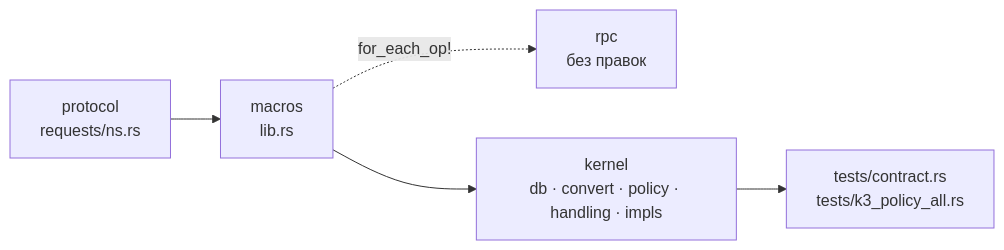
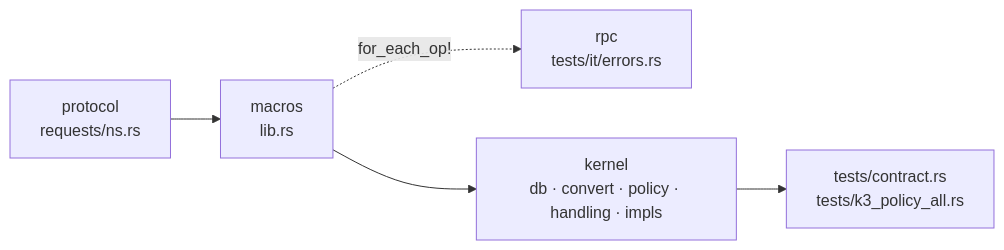
One commit to eva-rs/kernel changed the diagram in docs/src/development.md. Above: the diagram before and after it, drawn with Mermaid. The commit also changed other lines of this file and 13 other files, not shown here.

````diff
--- a/docs/src/development.md
+++ b/docs/src/development.md
@@ -97,7 +98,7 @@
 ```mermaid
 flowchart LR
     A["protocol<br/>requests/ns.rs"] --> B["macros<br/>lib.rs"]
-    B -. for_each_op! .-> C["rpc<br/>без правок"]
+    B -. for_each_op! .-> C["rpc<br/>tests/it/errors.rs"]
     B --> D["kernel<br/>db · convert · policy · handling · impls"]
     D --> E["tests/contract.rs<br/>tests/k3_policy_all.rs"]
 ```
````
